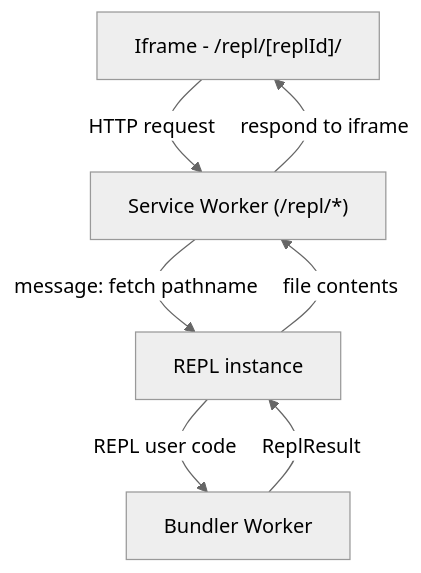
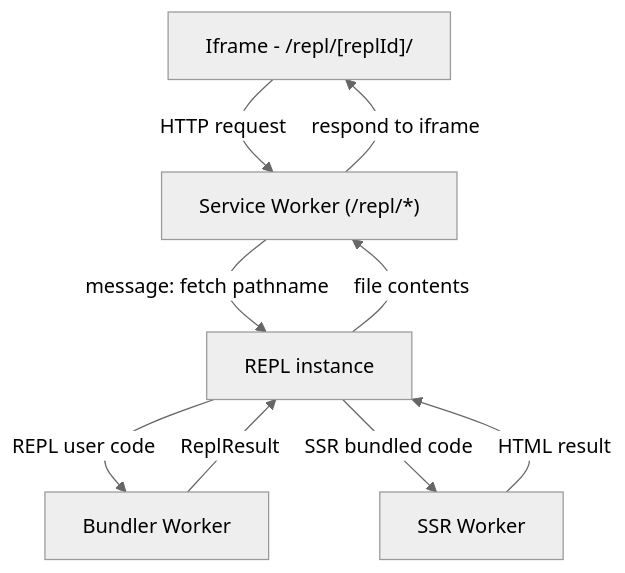
The diagram in packages/docs/src/repl/README.md (QwikDev/qwik), drawn with Mermaid (neutral theme) before and after one commit. The commit also changed other lines of this file and 10 other files, not shown here.

First line of the commit message:
feat(repl): Perform SSR in a dedicated worker

````diff
--- a/packages/docs/src/repl/README.md
+++ b/packages/docs/src/repl/README.md
@@ -51,14 +53,17 @@
 ```mermaid
 flowchart TD
   Iframe["Iframe - /repl/[replId]/"]
   ServiceWorker["Service Worker (/repl/*)"]
   ReplInstance["REPL instance"]
   BundlerWorker["Bundler Worker"]
+  SSRWorker["SSR Worker"]
 
   ReplInstance -->|REPL user code| BundlerWorker
 	BundlerWorker -->|ReplResult| ReplInstance
+  ReplInstance -->|SSR bundled code| SSRWorker
+  SSRWorker -->|HTML result| ReplInstance
   ServiceWorker -->|message: fetch pathname| ReplInstance
   Iframe -->|HTTP request| ServiceWorker
   ReplInstance -->|file contents| ServiceWorker
   ServiceWorker -->|respond to iframe| Iframe
 ```
````
